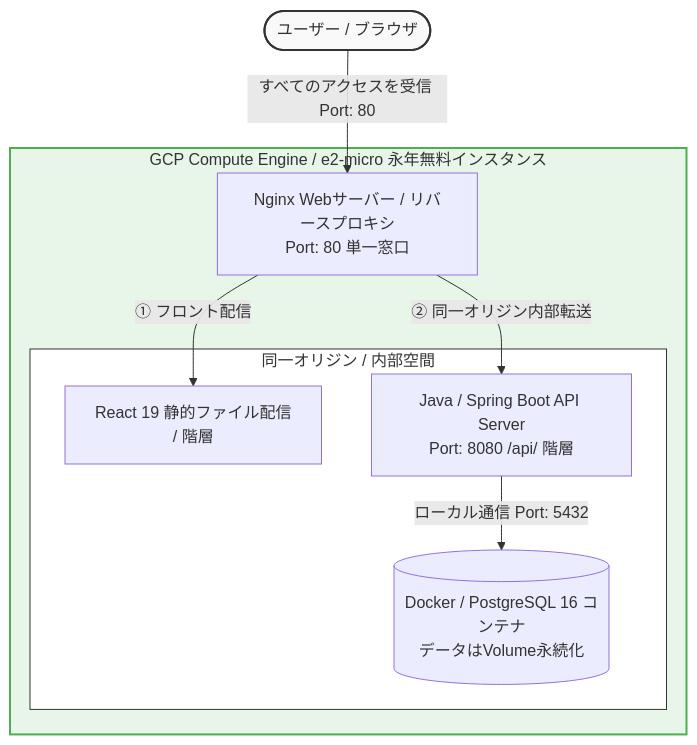
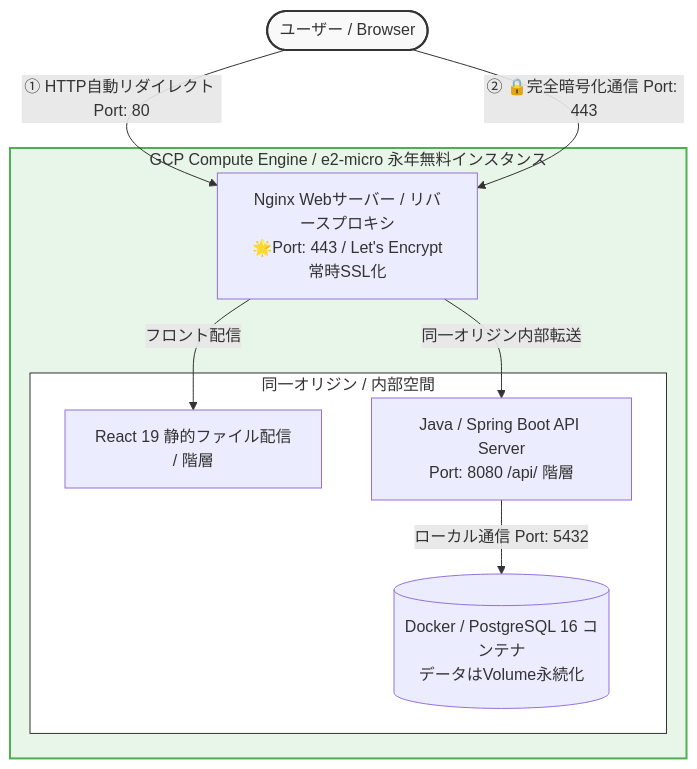
Before and after one commit to okamuravmdev2026/task-backend: the second of 2 diagrams in README.md, drawn with Mermaid. The commit also changed other lines of this file, not shown here.

````diff
--- a/README.md
+++ b/README.md
@@ -73,29 +73,30 @@
 ```mermaid
 graph TD
     %% スタイル定義
     classDef internet fill:#f9f9f9,stroke:#333,stroke-width:2px;
     classDef gcp fill:#e8f5e9,stroke:#4caf50,stroke-width:2px;
     classDef vm fill:#ffffff,stroke:#333,stroke-width:1px;
 
-    User([ユーザー / ブラウザ]):::internet
+    User([ユーザー / Browser]):::internet
 
     subgraph GCE [GCP Compute Engine / e2-micro 永年無料インスタンス]
-        Nginx[Nginx Webサーバー / リバースプロキシ<br>Port: 80 単一窓口]
+        Nginx[Nginx Webサーバー / リバースプロキシ<br>🌟Port: 443 / Let's Encrypt常時SSL化]
         
         subgraph Same_Origin [同一オリジン / 内部空間]
             React[React 19 静的ファイル配信<br>/ 階層]
             Java[Java / Spring Boot API Server<br>Port: 8080 /api/ 階層]
             Docker[(Docker / PostgreSQL 16 コンテナ<br>データはVolume永続化)]
         end
     end
 
     %% 通信経路
-    User -->|すべてのアクセスを受信 Port: 80| Nginx
+    User -->|① HTTP自動リダイレクト Port: 80| Nginx
+    User -->|② 🔒完全暗号化通信 Port: 443| Nginx
     
-    Nginx -->|① フロント配信| React
-    Nginx -->|② 同一オリジン内部転送| Java
+    Nginx -->|フロント配信| React
+    Nginx -->|同一オリジン内部転送| Java
     Java -->|ローカル通信 Port: 5432| Docker
 
     class GCE gcp;
     class Same_Origin vm;
 ```
````
